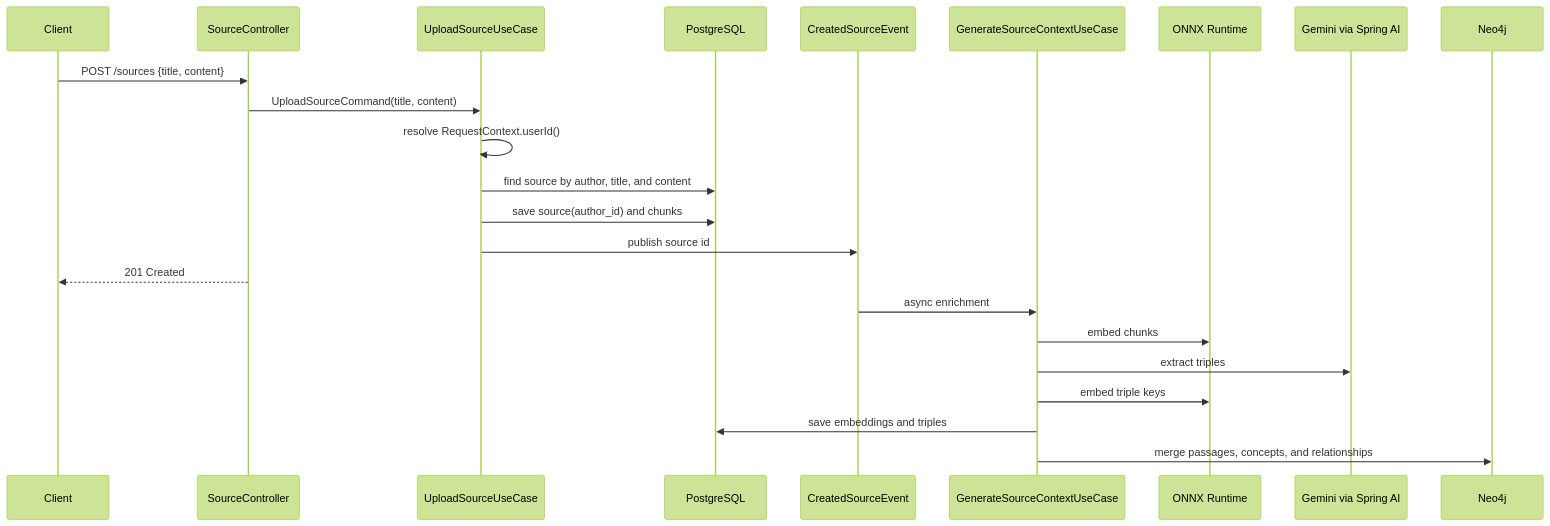
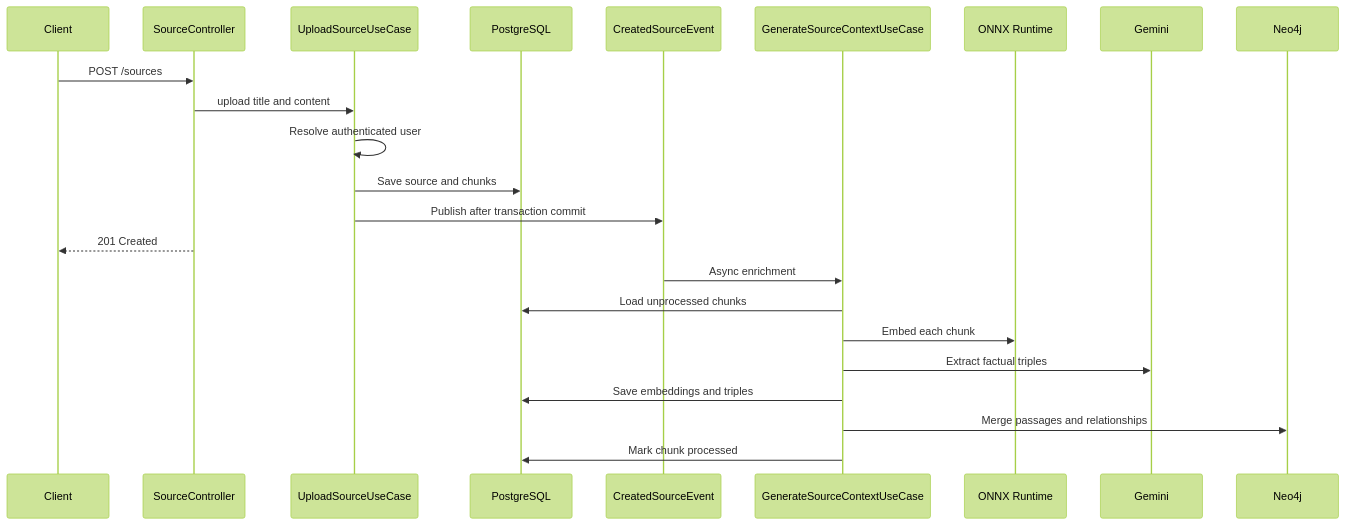
One commit to Luca5Eckert/Kairos changed the second of 4 diagrams in README.md. Above: the diagram before and after it, drawn with Mermaid (forest theme). The commit also changed other lines of this file and 1 other file, not shown here.

````diff
--- a/README.md
+++ b/README.md
@@ -175,26 +159,26 @@
 ```mermaid
 sequenceDiagram
     participant C as Client
     participant API as SourceController
     participant U as UploadSourceUseCase
     participant PG as PostgreSQL
     participant E as CreatedSourceEvent
     participant G as GenerateSourceContextUseCase
     participant ORT as ONNX Runtime
-    participant LLM as Gemini via Spring AI
-    participant NEO as Neo4j
+    participant LLM as Gemini
+    participant N as Neo4j
 
-    C->>API: POST /sources {title, content}
-    API->>U: UploadSourceCommand(title, content)
-    U->>U: resolve RequestContext.userId()
-    U->>PG: find source by author, title, and content
-    U->>PG: save source(author_id) and chunks
-    U->>E: publish source id
+    C->>API: POST /sources
+    API->>U: upload title and content
+    U->>U: Resolve authenticated user
+    U->>PG: Save source and chunks
+    U->>E: Publish after transaction commit
     API-->>C: 201 Created
-    E->>G: async enrichment
-    G->>ORT: embed chunks
-    G->>LLM: extract triples
-    G->>ORT: embed triple keys
-    G->>PG: save embeddings and triples
-    G->>NEO: merge passages, concepts, and relationships
+    E->>G: Async enrichment
+    G->>PG: Load unprocessed chunks
+    G->>ORT: Embed each chunk
+    G->>LLM: Extract factual triples
+    G->>PG: Save embeddings and triples
+    G->>N: Merge passages and relationships
+    G->>PG: Mark chunk processed
 ```
````
